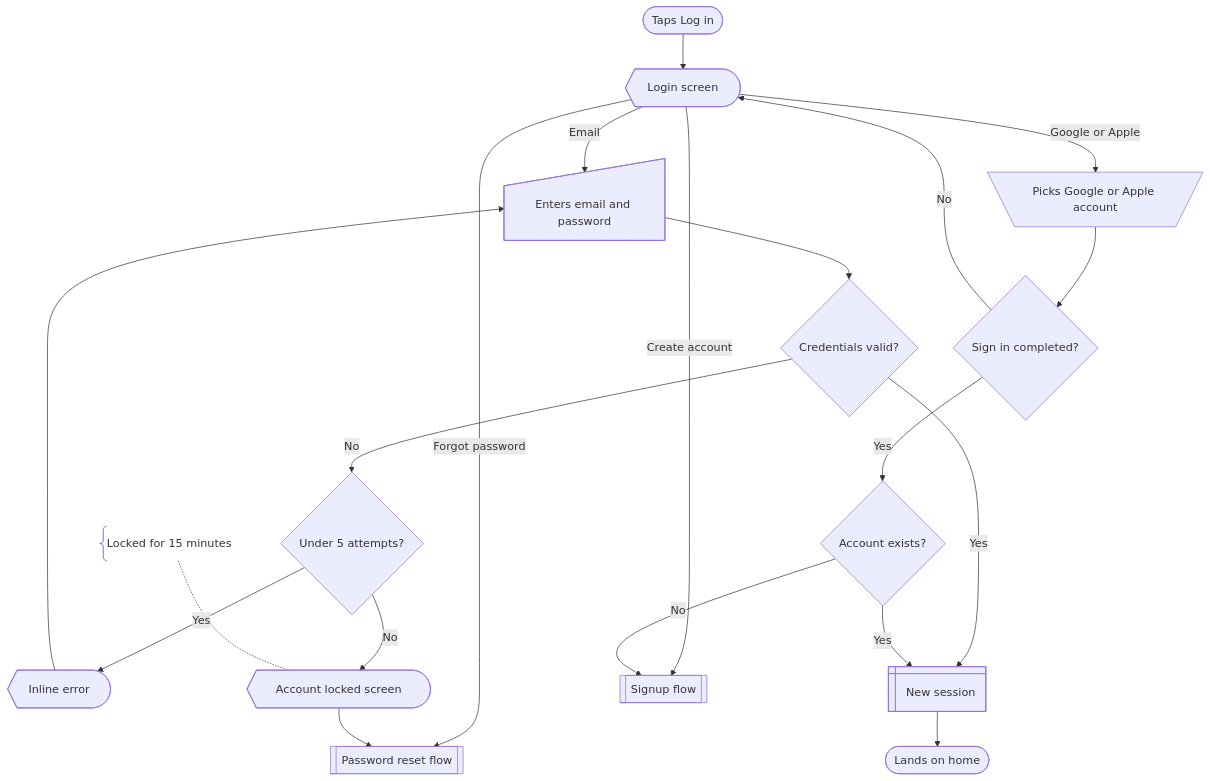
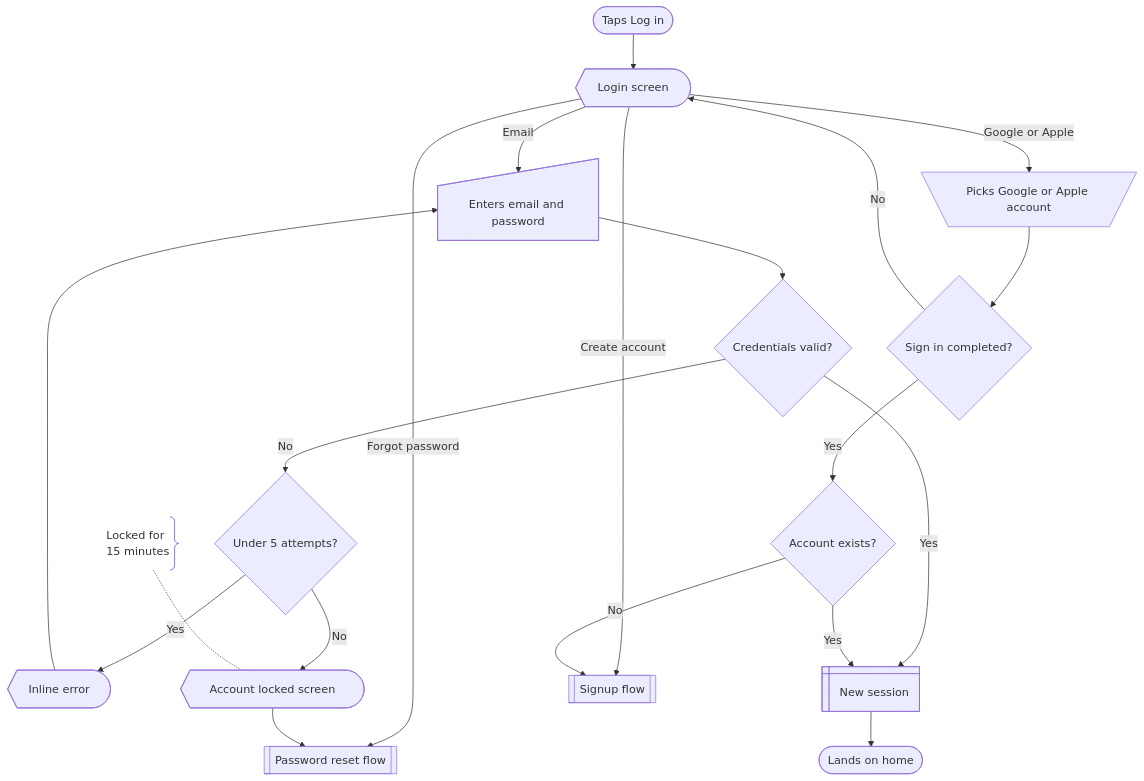
Before and after one commit to yoursharif/mermaid-userflow-diagram: the fifth of 7 diagrams in references/flows.md, drawn with Mermaid. The commit also changed other lines of this file and 5 other files, not shown here.

First line of the commit message:
Left align notes and allow a right-side brace

````diff
--- a/references/flows.md
+++ b/references/flows.md
@@ -162,38 +163,39 @@
 ```mermaid
 flowchart TD
   startLogin@{ shape: stadium, label: "Taps Log in" }
   scrLogin@{ shape: curv-trap, label: "Login screen" }
   inCredentials@{ shape: sl-rect, label: "Enters email and password" }
   decValid@{ shape: diam, label: "Credentials valid?" }
   decAttempts@{ shape: diam, label: "Under 5 attempts?" }
   scrError@{ shape: curv-trap, label: "Inline error" }
   scrLocked@{ shape: curv-trap, label: "Account locked screen" }
-  noteLock@{ shape: brace, label: "Locked for 15 minutes" }
+  noteLock@{ shape: brace-r, label: "Locked for<br>15 minutes" }
   manSocial@{ shape: trap-t, label: "Picks Google or Apple account" }
   decSocialDone@{ shape: diam, label: "Sign in completed?" }
   decSocialKnown@{ shape: diam, label: "Account exists?" }
   memSession@{ shape: win-pane, label: "New session" }
   subReset@{ shape: fr-rect, label: "Password reset flow" }
   subSignup@{ shape: fr-rect, label: "Signup flow" }
   exitHome@{ shape: stadium, label: "Lands on home" }
 
   startLogin --> scrLogin
   scrLogin -->|Email| inCredentials
   scrLogin -->|Google or Apple| manSocial
   scrLogin -->|Forgot password| subReset
   scrLogin -->|Create account| subSignup
   inCredentials --> decValid
   decValid -->|Yes| memSession
   decValid -->|No| decAttempts
   decAttempts -->|Yes| scrError
   decAttempts -->|No| scrLocked
   scrError --> inCredentials
   scrLocked --> subReset
   noteLock -.- scrLocked
   manSocial --> decSocialDone
   decSocialDone -->|No| scrLogin
   decSocialDone -->|Yes| decSocialKnown
   decSocialKnown -->|Yes| memSession
   decSocialKnown -->|No| subSignup
   memSession --> exitHome
+  style noteLock text-align:left
 ```
````
